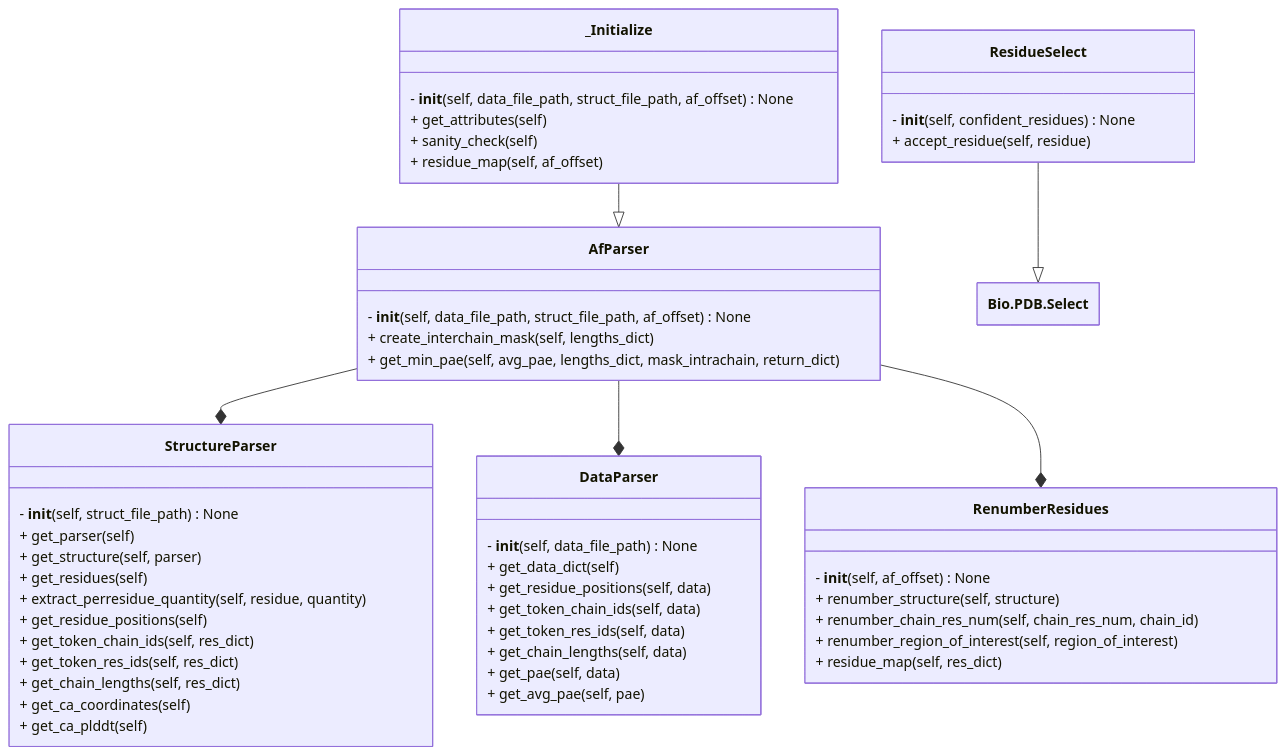
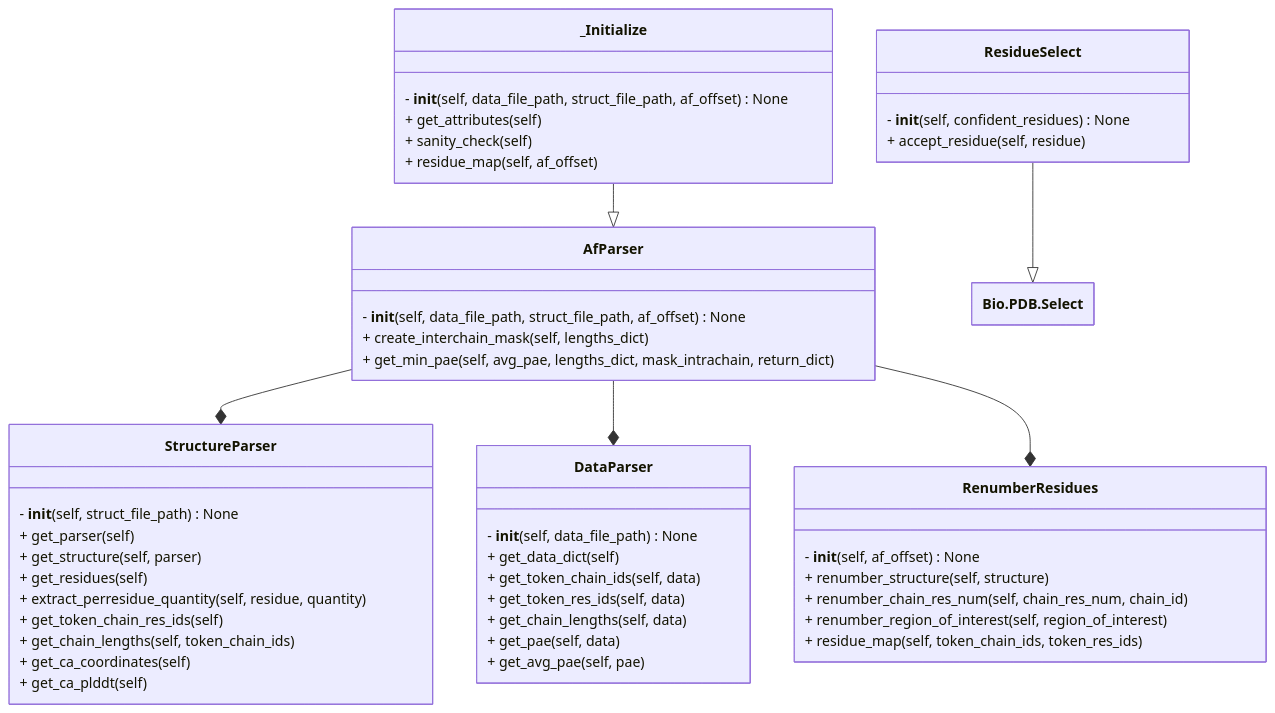
The first of 3 diagrams in af_pipeline/README.md (isblab/IMP_Toolbox), drawn with Mermaid before and after one commit. The commit also changed other lines of this file and 2 other files, not shown here.

Commit message:
readme update

````diff
--- a/af_pipeline/README.md
+++ b/af_pipeline/README.md
@@ -102,65 +102,62 @@
 ```mermaid
 ---
 config:
     class:
         hideEmptyMembersBox: true
 ---
 classDiagram
     class ResidueSelect {
         - __init__(self, confident_residues) None
         + accept_residue(self, residue)
     }
 
     class AfParser {
         - __init__(self, data_file_path, struct_file_path, af_offset) None
         + create_interchain_mask(self, lengths_dict)
         + get_min_pae(self, avg_pae, lengths_dict, mask_intrachain, return_dict)
     }
 
     class DataParser {
         - __init__(self, data_file_path) None
         + get_data_dict(self)
-        + get_residue_positions(self, data)
         + get_token_chain_ids(self, data)
         + get_token_res_ids(self, data)
         + get_chain_lengths(self, data)
         + get_pae(self, data)
         + get_avg_pae(self, pae)
     }
 
     class StructureParser {
         - __init__(self, struct_file_path) None
         + get_parser(self)
         + get_structure(self, parser)
         + get_residues(self)
         + extract_perresidue_quantity(self, residue, quantity)
-        + get_residue_positions(self)
-        + get_token_chain_ids(self, res_dict)
-        + get_token_res_ids(self, res_dict)
-        + get_chain_lengths(self, res_dict)
+        + get_token_chain_res_ids(self)
+        + get_chain_lengths(self, token_chain_ids)
         + get_ca_coordinates(self)
         + get_ca_plddt(self)
     }
 
     class RenumberResidues {
         - __init__(self, af_offset) None
         + renumber_structure(self, structure)
         + renumber_chain_res_num(self, chain_res_num, chain_id)
         + renumber_region_of_interest(self, region_of_interest)
-        + residue_map(self, res_dict)
+        + residue_map(self, token_chain_ids, token_res_ids)
     }
 
     ResidueSelect --|> `Bio.PDB.Select`
 
     class _Initialize {
         - __init__(self, data_file_path, struct_file_path, af_offset) None
         + get_attributes(self)
         + sanity_check(self)
         + residue_map(self, af_offset)
     }
 
     _Initialize --|> `AfParser`
     `AfParser` --* `StructureParser`
     `AfParser` --* `DataParser`
     `AfParser` --* `RenumberResidues`
 ```
````
